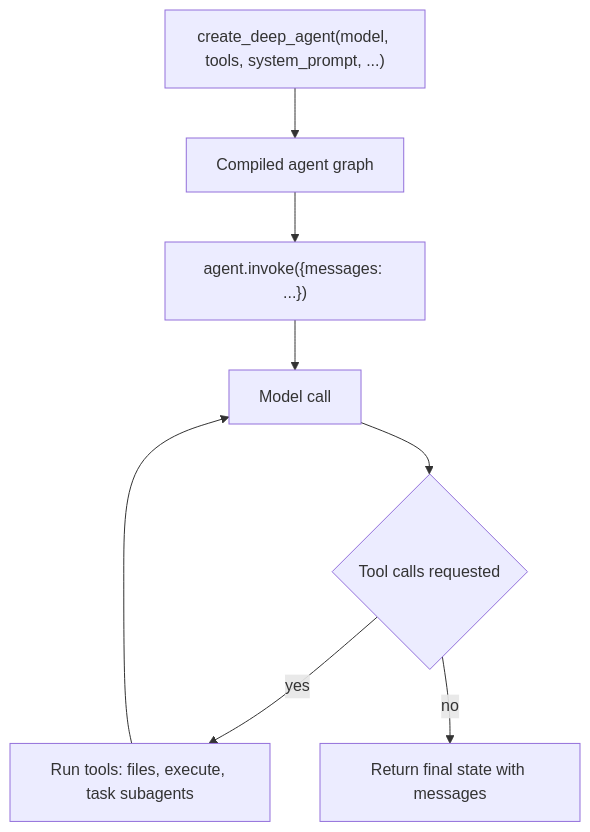
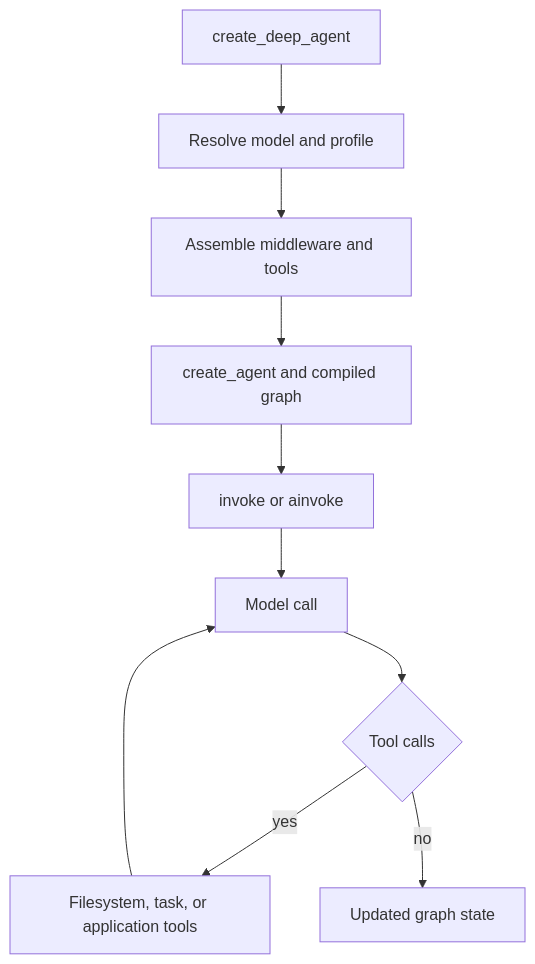
One commit to langchain-ai/deepagents changed the diagram in openwiki/workflows/build-a-deep-agent.md. Above: the diagram before and after it, drawn with Mermaid. The commit also changed other lines of this file and 39 other files, not shown here.

````diff
--- a/openwiki/workflows/build-a-deep-agent.md
+++ b/openwiki/workflows/build-a-deep-agent.md
@@ -71,10 +54,12 @@
 ```mermaid
 flowchart TD
-    A["create_deep_agent(model, tools, system_prompt, ...)"] --> B["Compiled agent graph"]
-    B --> C["agent.invoke({messages: ...})"]
-    C --> D["Model call"]
-    D --> E{"Tool calls requested"}
-    E -->|yes| F["Run tools: files, execute, task subagents"]
-    F --> D
-    E -->|no| G["Return final state with messages"]
+    Build["create_deep_agent"] --> Assemble["Resolve model and profile"]
+    Assemble --> Stack["Assemble middleware and tools"]
+    Stack --> Graph["create_agent and compiled graph"]
+    Graph --> Invoke["invoke or ainvoke"]
+    Invoke --> Model["Model call"]
+    Model --> Decision{"Tool calls"}
+    Decision -->|"yes"| Tools["Filesystem, task, or application tools"]
+    Tools --> Model
+    Decision -->|"no"| Result["Updated graph state"]
 ```
````
